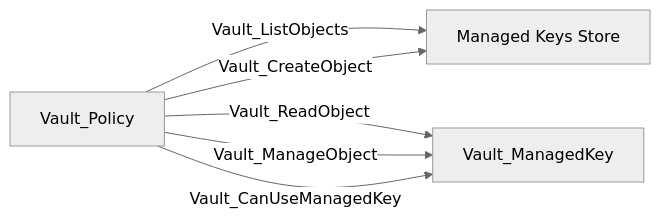
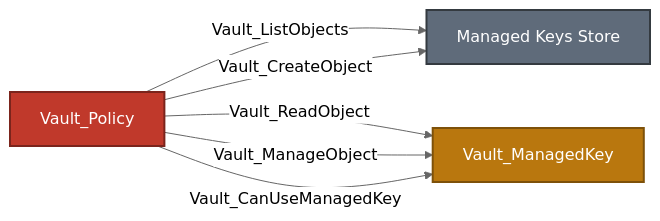
Before and after one commit to bytewreck/opengraph-vault: the second of 3 diagrams in Documentation/stores/MANAGED_KEYS.md, drawn with Mermaid (neutral theme). The commit also changed other lines of this file and 4 other files, not shown here.

````diff
--- a/Documentation/stores/MANAGED_KEYS.md
+++ b/Documentation/stores/MANAGED_KEYS.md
@@ -44,8 +51,12 @@
 ```mermaid
 flowchart LR
-    policy[Vault_Policy] -->|Vault_ListObjects| store[Managed Keys Store]
+    policy[Vault_Policy]:::policyNode -->|Vault_ListObjects| store[Managed Keys Store]:::storeNode
     policy -->|Vault_CreateObject| store
-    policy -->|Vault_ReadObject| managed[Vault_ManagedKey]
+    policy -->|Vault_ReadObject| managed[Vault_ManagedKey]:::managedKeyNode
     policy -->|Vault_ManageObject| managed
     policy -->|Vault_CanUseManagedKey| managed
+
+    classDef policyNode fill:#C0392B,color:#fff,stroke:#7B241C,stroke-width:2px
+    classDef storeNode fill:#5F6B7A,color:#fff,stroke:#343A40,stroke-width:2px
+    classDef managedKeyNode fill:#B9770E,color:#fff,stroke:#7E5109,stroke-width:2px
 ```
````
